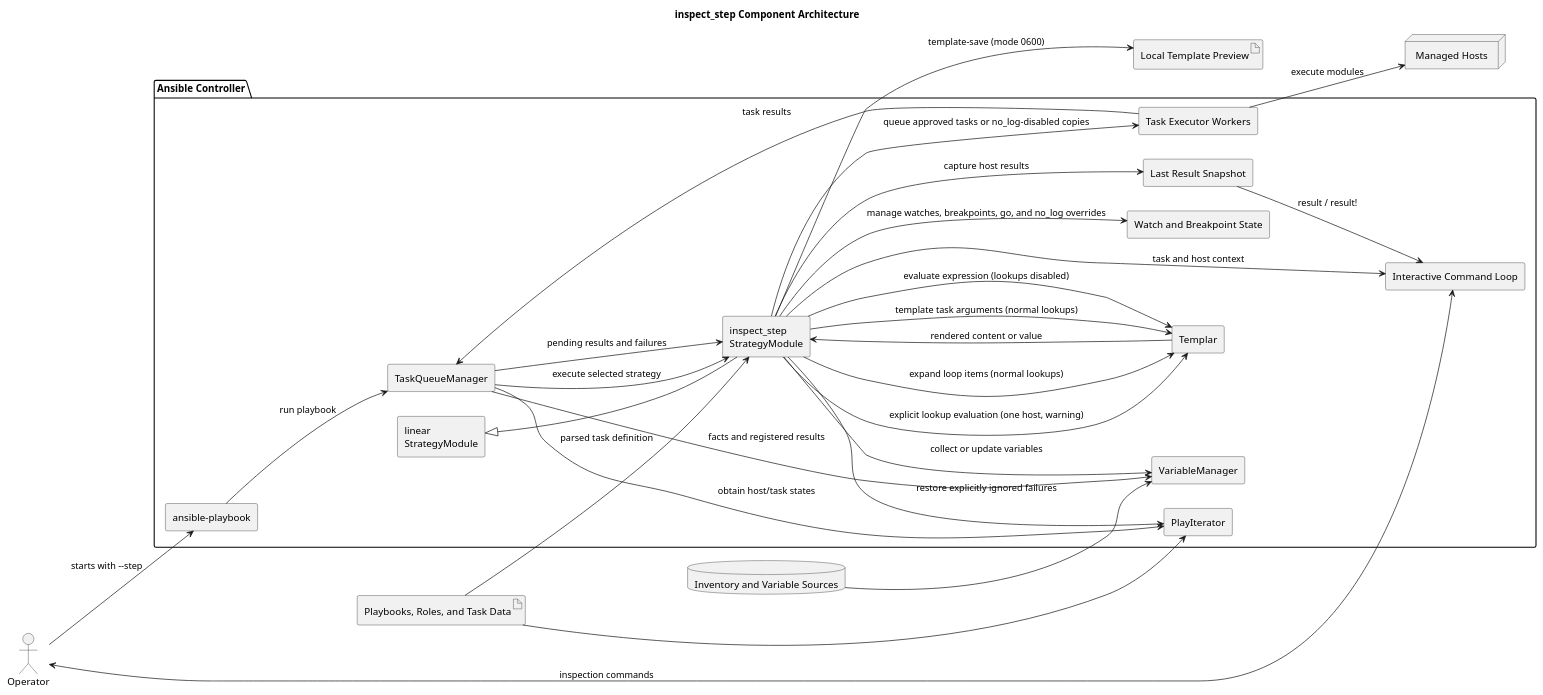
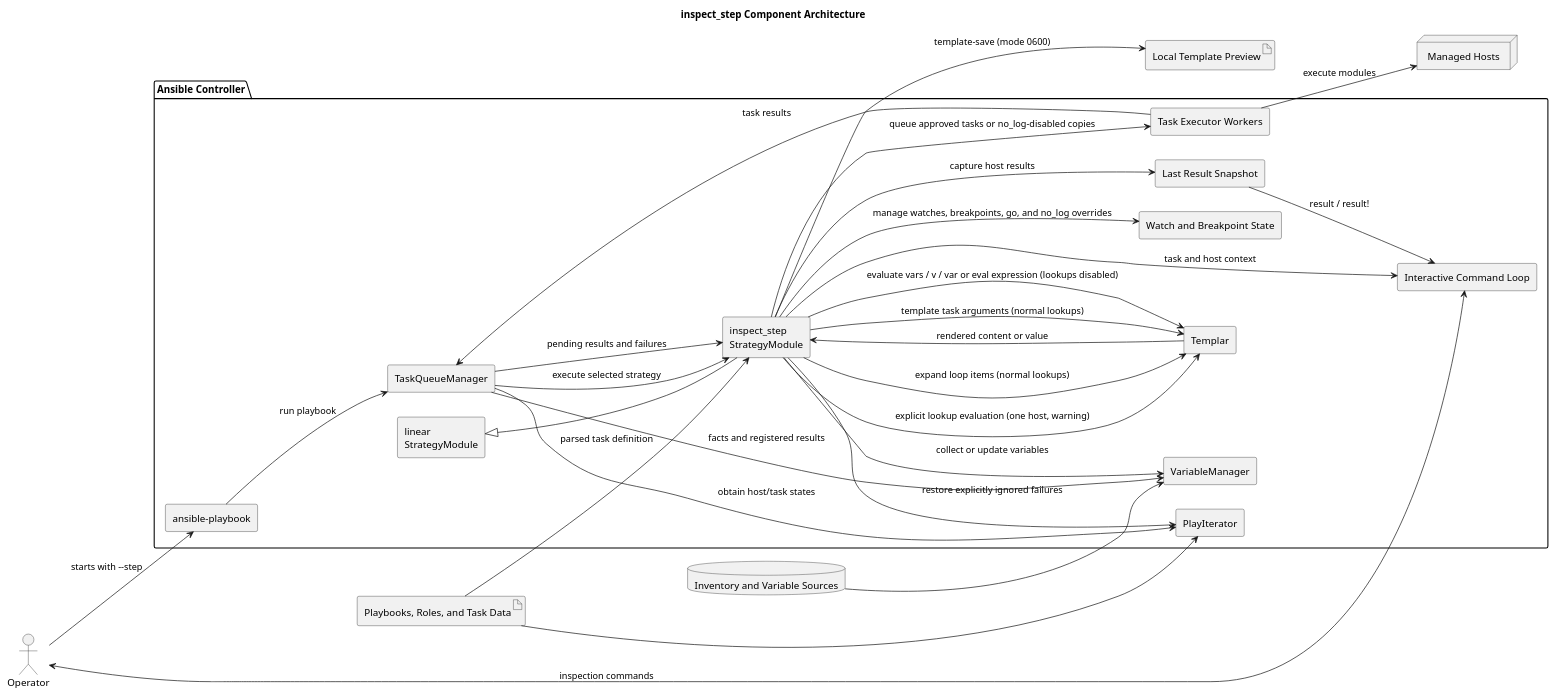
The diagram in diagramms/architecture.puml (dtarasov7/ansible-debug), drawn with PlantUML before and after one commit. The commit also changed 15 other files, not shown here.

```diff
--- a/diagramms/architecture.puml
+++ b/diagramms/architecture.puml
@@ -1,56 +1,56 @@
 @startuml
 title inspect_step Component Architecture
 
 left to right direction
 skinparam componentStyle rectangle
 skinparam shadowing false
 
 actor "Operator" as Operator
 
 package "Ansible Controller" {
   component "ansible-playbook" as CLI
   component "TaskQueueManager" as TQM
   component "PlayIterator" as Iterator
   component "linear\nStrategyModule" as Linear
   component "inspect_step\nStrategyModule" as Inspector
   component "Interactive Command Loop" as Prompt
   component "Watch and Breakpoint State" as DebugState
   component "Last Result Snapshot" as ResultState
   component "VariableManager" as Variables
   component "Templar" as Templar
   component "Task Executor Workers" as Workers
 }
 
 database "Inventory and Variable Sources" as Inventory
 artifact "Playbooks, Roles, and Task Data" as Sources
 artifact "Local Template Preview" as Preview
 node "Managed Hosts" as Hosts
 
 Operator --> CLI : starts with --step
 Operator <--> Prompt : inspection commands
 CLI --> TQM : run playbook
 TQM --> Iterator : obtain host/task states
 TQM --> Inspector : execute selected strategy
 Linear <|-- Inspector
 Inspector --> Prompt : task and host context
 Inspector --> DebugState : manage watches, breakpoints, go, and no_log overrides
 Inspector --> Variables : collect or update variables
 Inspector --> Templar : template task arguments (normal lookups)
-Inspector --> Templar : evaluate expression (lookups disabled)
+Inspector --> Templar : evaluate vars / v / var or eval expression (lookups disabled)
 Inspector --> Templar : explicit lookup evaluation (one host, warning)
 Inspector --> Templar : expand loop items (normal lookups)
 Templar --> Inspector : rendered content or value
 Inspector --> Preview : template-save (mode 0600)
 Inspector --> Workers : queue approved tasks or no_log-disabled copies
 Inventory --> Variables
 Sources --> Iterator
 Sources --> Inspector : parsed task definition
 Workers --> Hosts : execute modules
 Workers --> TQM : task results
 TQM --> Inspector : pending results and failures
 Inspector --> ResultState : capture host results
 ResultState --> Prompt : result / result!
 Inspector --> Iterator : restore explicitly ignored failures
 TQM --> Variables : facts and registered results
 
 @enduml
```
